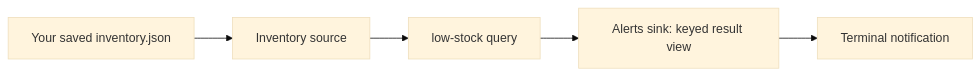
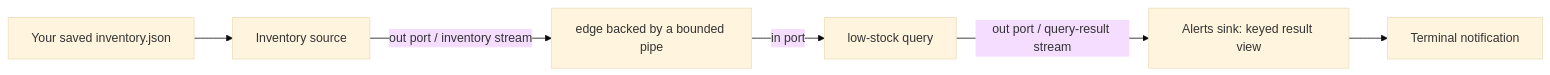
The first of 10 diagrams in lib/docs/developer-guide/README.md (drasi-project/drasi-core), drawn with Mermaid (base theme) before and after one commit. The commit also changed other lines of this file and 23 other files, not shown here.

````diff
--- a/lib/docs/developer-guide/README.md
+++ b/lib/docs/developer-guide/README.md
@@ -200,7 +261,8 @@
 ```mermaid
 flowchart LR
     File["Your saved inventory.json"] --> Inventory["Inventory source"]
-    Inventory --> Query["low-stock query"]
-    Query --> Alerts["Alerts sink: keyed result view"]
+    Inventory -->|out port / inventory stream| Pipe["edge backed by a bounded pipe"]
+    Pipe -->|in port| Query["low-stock query"]
+    Query -->|out port / query-result stream| Alerts["Alerts sink: keyed result view"]
     Alerts --> Terminal["Terminal notification"]
 ```
````
